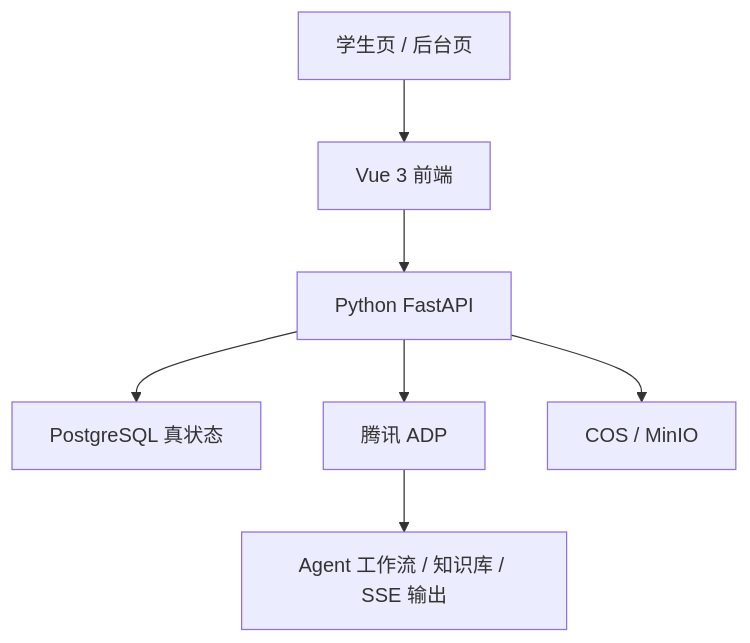
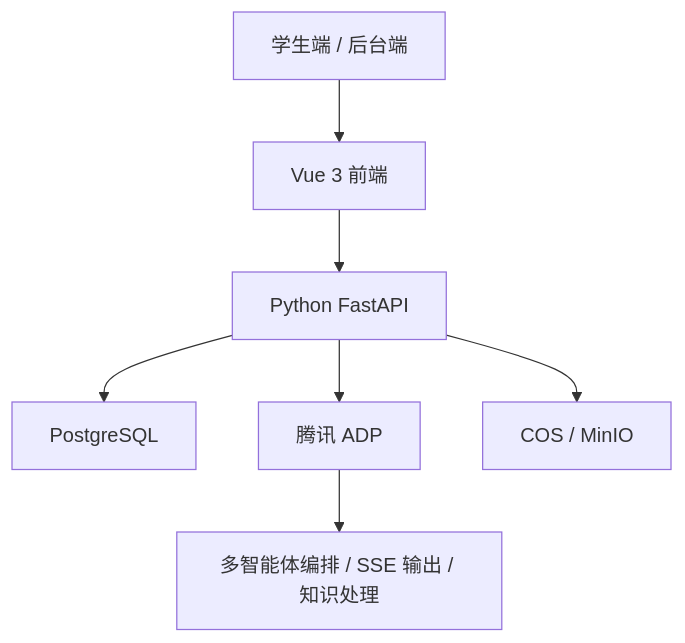
One commit to chenqsq/doc-showcase changed the second of 2 diagrams in doc/作品文档/00-作品总览与阅读地图.md. Above: the diagram before and after it, drawn with Mermaid. The commit also changed other lines of this file and 3 other files, not shown here.

````diff
--- a/doc/作品文档/00-作品总览与阅读地图.md
+++ b/doc/作品文档/00-作品总览与阅读地图.md
@@ -142,9 +94,9 @@
 ```mermaid
 flowchart TB
-    A["学生页 / 后台页"] --> B["Vue 3 前端"]
+    A["学生端 / 后台端"] --> B["Vue 3 前端"]
     B --> C["Python FastAPI"]
-    C --> D["PostgreSQL 真状态"]
+    C --> D["PostgreSQL"]
     C --> E["腾讯 ADP"]
     C --> F["COS / MinIO"]
-    E --> G["Agent 工作流 / 知识库 / SSE 输出"]
+    E --> G["多智能体编排 / SSE 输出 / 知识处理"]
 ```
````
